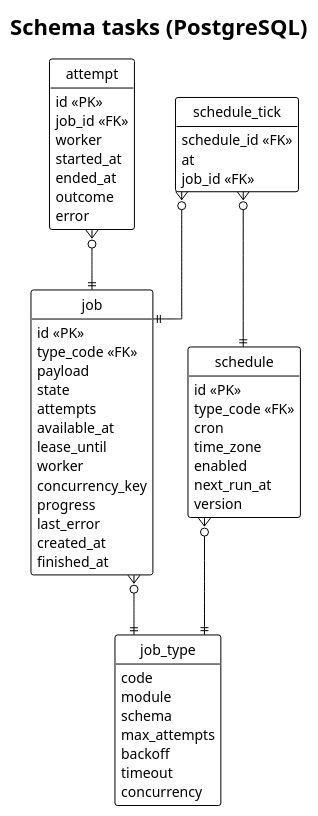
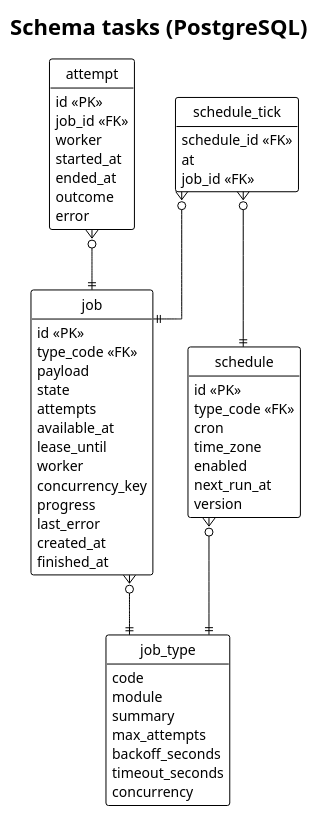
The diagram in docs/03-design/data-model/tasks.puml (didactika/kampus), drawn with PlantUML before and after one commit. The commit also changed 60 other files, not shown here.

```diff
--- a/docs/03-design/data-model/tasks.puml
+++ b/docs/03-design/data-model/tasks.puml
@@ -1,61 +1,61 @@
 @startuml
 !theme plain
 hide empty members
 hide circle
 skinparam linetype ortho
 title Schema tasks (PostgreSQL)
 
 entity job_type {
   code
   module
-  schema
+  summary
   max_attempts
-  backoff
-  timeout
+  backoff_seconds
+  timeout_seconds
   concurrency
 }
 entity job {
   id <<PK>>
   type_code <<FK>>
   payload
   state
   attempts
   available_at
   lease_until
   worker
   concurrency_key
   progress
   last_error
   created_at
   finished_at
 }
 entity schedule {
   id <<PK>>
   type_code <<FK>>
   cron
   time_zone
   enabled
   next_run_at
   version
 }
 entity schedule_tick {
   schedule_id <<FK>>
   at
   job_id <<FK>>
 }
 entity attempt {
   id <<PK>>
   job_id <<FK>>
   worker
   started_at
   ended_at
   outcome
   error
 }
 
 job }o--|| job_type
 schedule }o--|| job_type
 schedule_tick }o--|| schedule
 schedule_tick }o--|| job
 attempt }o--|| job
 @enduml
```
